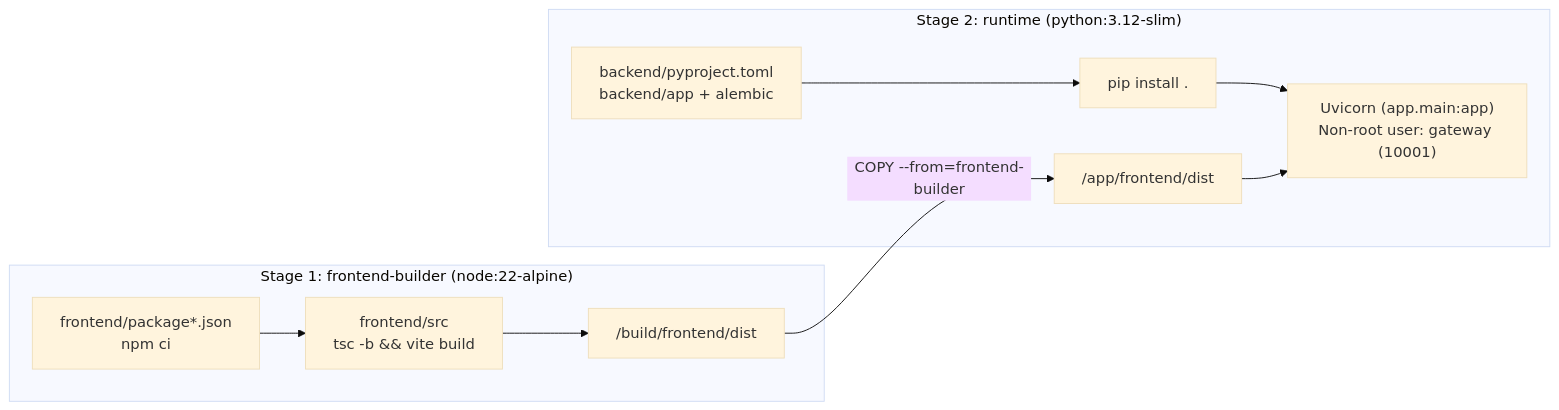
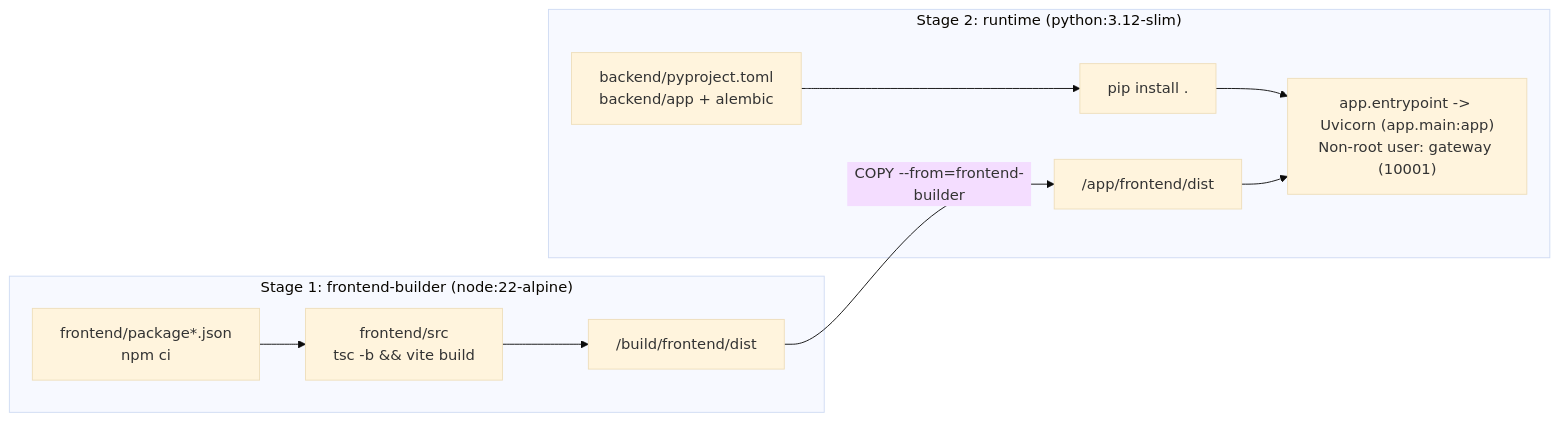
The diagram in docker/README.md (cpavlas/gateway-front-end), drawn with Mermaid (base theme) before and after one commit. The commit also changed other lines of this file and 15 other files, not shown here.

Commit message:
chore(docs): remove AGENTS.md and ES_SCHEMA_DISCOVERY.md from Git and sanitize local network references

````diff
--- a/docker/README.md
+++ b/docker/README.md
@@ -11,14 +11,14 @@
 ```mermaid
 flowchart LR
     subgraph Stage1["Stage 1: frontend-builder (node:22-alpine)"]
         F1["frontend/package*.json<br/>npm ci"] --> F2["frontend/src<br/>tsc -b && vite build"]
         F2 --> F3["/build/frontend/dist"]
     end
 
     subgraph Stage2["Stage 2: runtime (python:3.12-slim)"]
         B1["backend/pyproject.toml<br/>backend/app + alembic"] --> B2["pip install ."]
         F3 -->|COPY --from=frontend-builder| B3["/app/frontend/dist"]
-        B2 --> B4["Uvicorn (app.main:app)<br/>Non-root user: gateway (10001)"]
+        B2 --> B4["app.entrypoint -> Uvicorn (app.main:app)<br/>Non-root user: gateway (10001)"]
         B3 --> B4
     end
 ```
````
